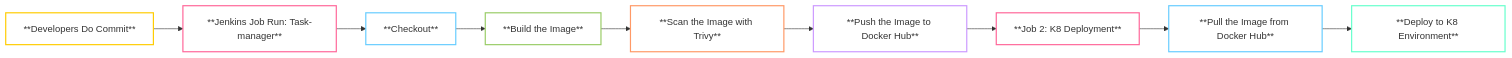
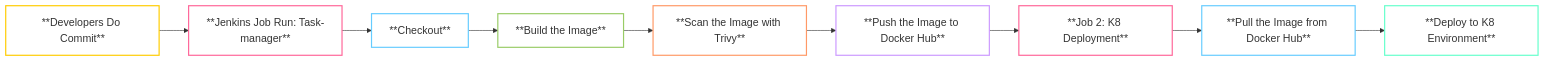
The diagram in README.md (ssanthosh2k3/task-manager), drawn with Mermaid before and after one commit. The commit also changed other lines of this file, not shown here.

````diff
--- a/README.md
+++ b/README.md
@@ -29,29 +35,40 @@
 ```mermaid
 flowchart LR;
     A[**Developers Do Commit**] --> B[**Jenkins Job Run: Task-manager**];
     B --> C[**Checkout**];
     C --> D[**Build the Image**];
     D --> E[**Scan the Image with Trivy**];
     E --> F[**Push the Image to Docker Hub**];
     F --> G[**Job 2: K8 Deployment**];
     G --> H[**Pull the Image from Docker Hub**];
     H --> I[**Deploy to K8 Environment**];
 
     classDef commitStyle stroke:#ffcc00,stroke-width:2px,fill:none;
     classDef jobStyle stroke:#ff6699,stroke-width:2px,fill:none;
     classDef checkoutStyle stroke:#66ccff,stroke-width:2px,fill:none;
     classDef buildStyle stroke:#99cc66,stroke-width:2px,fill:none;
     classDef scanStyle stroke:#ff9966,stroke-width:2px,fill:none;
     classDef pushStyle stroke:#cc99ff,stroke-width:2px,fill:none;
     classDef deployStyle stroke:#66ffcc,stroke-width:2px,fill:none;
 
     class A commitStyle;
     class B jobStyle;
     class C checkoutStyle;
     class D buildStyle;
     class E scanStyle;
     class F pushStyle;
     class G jobStyle;
     class H checkoutStyle;
     class I deployStyle;
+
+    style A font-size: 18px;
+    style B font-size: 18px;
+    style C font-size: 18px;
+    style D font-size: 18px;
+    style E font-size: 18px;
+    style F font-size: 18px;
+    style G font-size: 18px;
+    style H font-size: 18px;
+    style I font-size: 18px;
+
 ```
````
